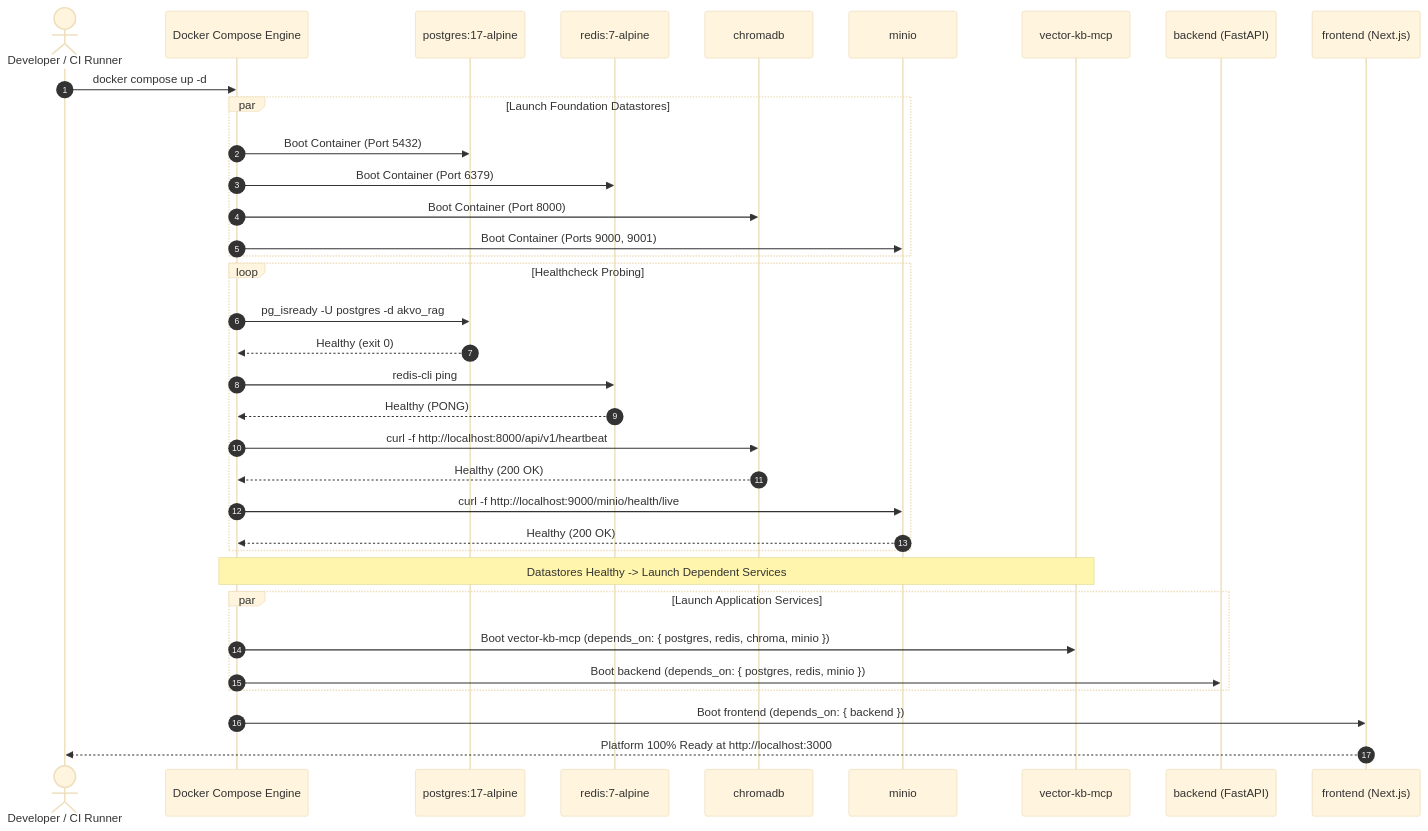
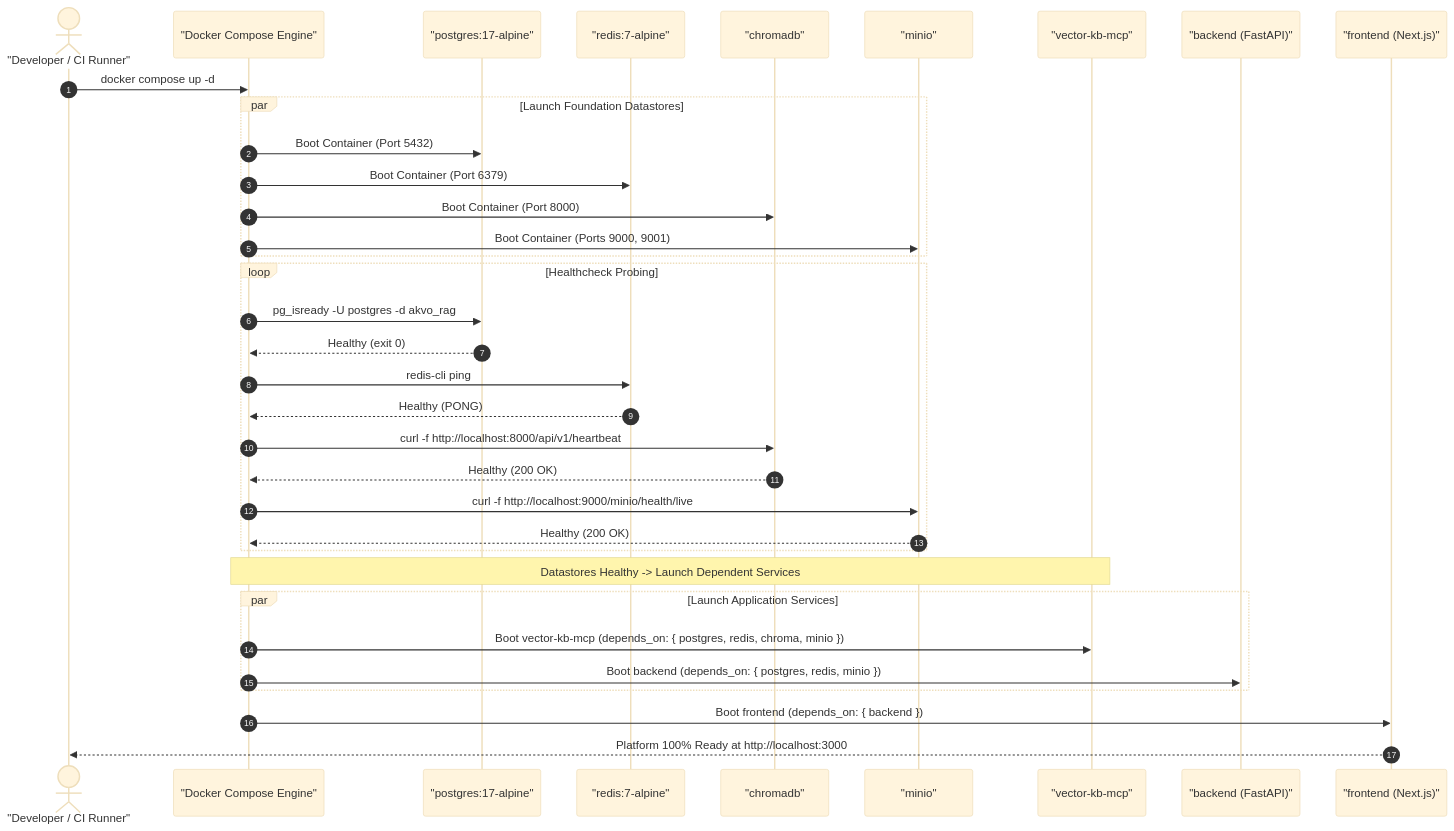
The second of 2 diagrams in docs/features/001_mono_101_unified_docker_compose_and_local_infrastructure_spec.md (akvo/akvo-rag), drawn with Mermaid (base theme) before and after one commit. The commit also changed 7 other files, not shown here.

Commit message:
docs(features): create 012_mcp_304 spec and fix mermaid diagram rendering across specs

````diff
--- a/docs/features/001_mono_101_unified_docker_compose_and_local_infrastructure_spec.md
+++ b/docs/features/001_mono_101_unified_docker_compose_and_local_infrastructure_spec.md
@@ -75,43 +75,43 @@
 ```mermaid
 sequenceDiagram
     autonumber
-    actor Dev as Developer / CI Runner
-    participant Compose as Docker Compose Engine
-    participant PG as postgres:17-alpine
-    participant Redis as redis:7-alpine
-    participant Chroma as chromadb
-    participant MinIO as minio
-    participant Vector as vector-kb-mcp
-    participant Backend as backend (FastAPI)
-    participant Frontend as frontend (Next.js)
+    actor Dev as "Developer / CI Runner"
+    participant Compose as "Docker Compose Engine"
+    participant PG as "postgres:17-alpine"
+    participant Redis as "redis:7-alpine"
+    participant Chroma as "chromadb"
+    participant MinIO as "minio"
+    participant Vector as "vector-kb-mcp"
+    participant Backend as "backend (FastAPI)"
+    participant Frontend as "frontend (Next.js)"
 
     Dev->>Compose: docker compose up -d
     
     par Launch Foundation Datastores
         Compose->>PG: Boot Container (Port 5432)
         Compose->>Redis: Boot Container (Port 6379)
         Compose->>Chroma: Boot Container (Port 8000)
         Compose->>MinIO: Boot Container (Ports 9000, 9001)
     end
 
     loop Healthcheck Probing
         Compose->>PG: pg_isready -U postgres -d akvo_rag
         PG-->>Compose: Healthy (exit 0)
         Compose->>Redis: redis-cli ping
         Redis-->>Compose: Healthy (PONG)
         Compose->>Chroma: curl -f http://localhost:8000/api/v1/heartbeat
         Chroma-->>Compose: Healthy (200 OK)
         Compose->>MinIO: curl -f http://localhost:9000/minio/health/live
         MinIO-->>Compose: Healthy (200 OK)
     end
 
     Note over Compose, Vector: Datastores Healthy -> Launch Dependent Services
     
     par Launch Application Services
         Compose->>Vector: Boot vector-kb-mcp (depends_on: { postgres, redis, chroma, minio })
         Compose->>Backend: Boot backend (depends_on: { postgres, redis, minio })
     end
 
     Compose->>Frontend: Boot frontend (depends_on: { backend })
     Frontend-->>Dev: Platform 100% Ready at http://localhost:3000
 ```
````
